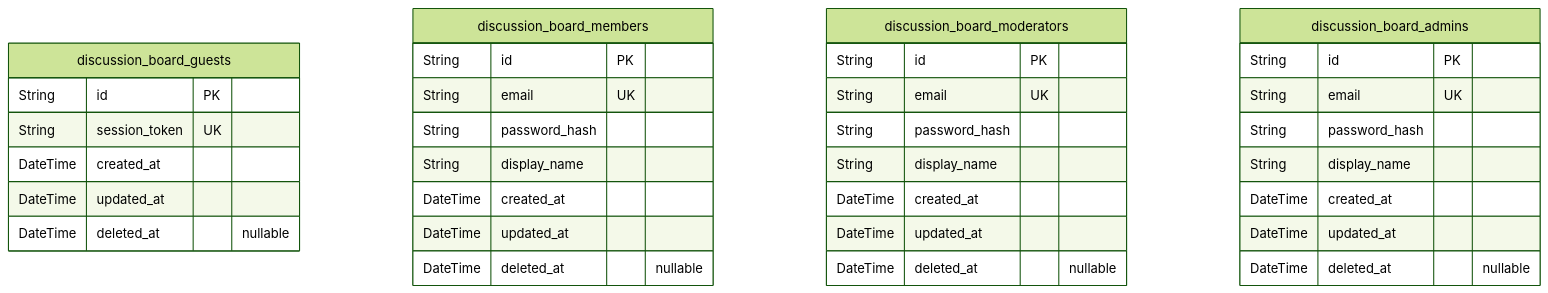
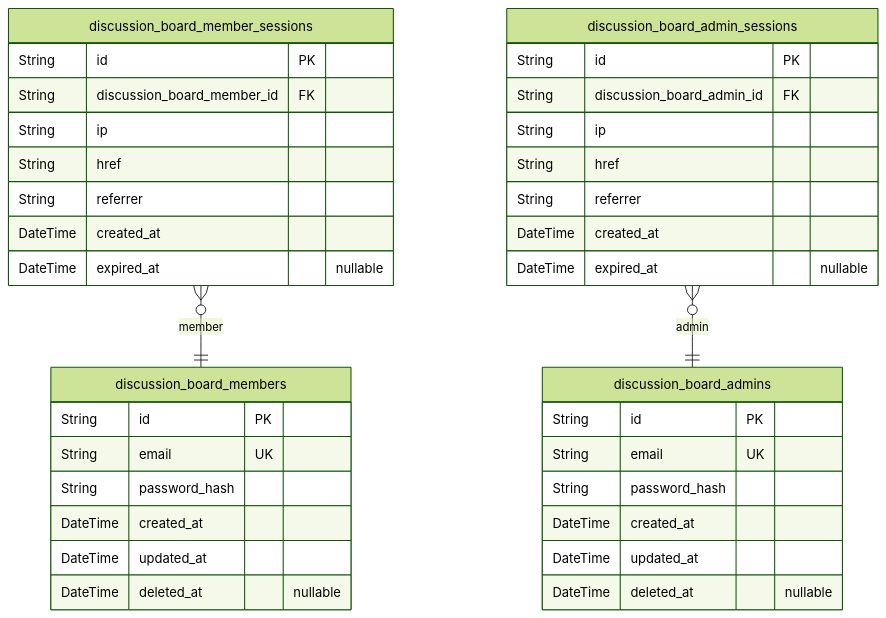
One commit to wrtnlabs/autobe-examples changed the second of 3 diagrams in openai/gpt-4.1-mini/bbs/docs/ERD.md. Above: the diagram before and after it, drawn with Mermaid (forest theme). The commit also changed other lines of this file and 16146 other files, not shown here.

````diff
--- a/openai/gpt-4.1-mini/bbs/docs/ERD.md
+++ b/openai/gpt-4.1-mini/bbs/docs/ERD.md
@@ -42,37 +36,39 @@
 ```mermaid
 erDiagram
-"discussion_board_guests" {
+"discussion_board_members" {
   String id PK
-  String session_token UK
+  String email UK
+  String password_hash
   DateTime created_at
   DateTime updated_at
   DateTime deleted_at "nullable"
 }
-"discussion_board_members" {
+"discussion_board_member_sessions" {
   String id PK
-  String email UK
-  String password_hash
-  String display_name
+  String discussion_board_member_id FK
+  String ip
+  String href
+  String referrer
   DateTime created_at
-  DateTime updated_at
-  DateTime deleted_at "nullable"
-}
-"discussion_board_moderators" {
-  String id PK
-  String email UK
-  String password_hash
-  String display_name
-  DateTime created_at
-  DateTime updated_at
-  DateTime deleted_at "nullable"
+  DateTime expired_at "nullable"
 }
 "discussion_board_admins" {
   String id PK
   String email UK
   String password_hash
-  String display_name
   DateTime created_at
   DateTime updated_at
   DateTime deleted_at "nullable"
 }
+"discussion_board_admin_sessions" {
+  String id PK
+  String discussion_board_admin_id FK
+  String ip
+  String href
+  String referrer
+  DateTime created_at
+  DateTime expired_at "nullable"
+}
+"discussion_board_member_sessions" }o--|| "discussion_board_members" : member
+"discussion_board_admin_sessions" }o--|| "discussion_board_admins" : admin
 ```
````
